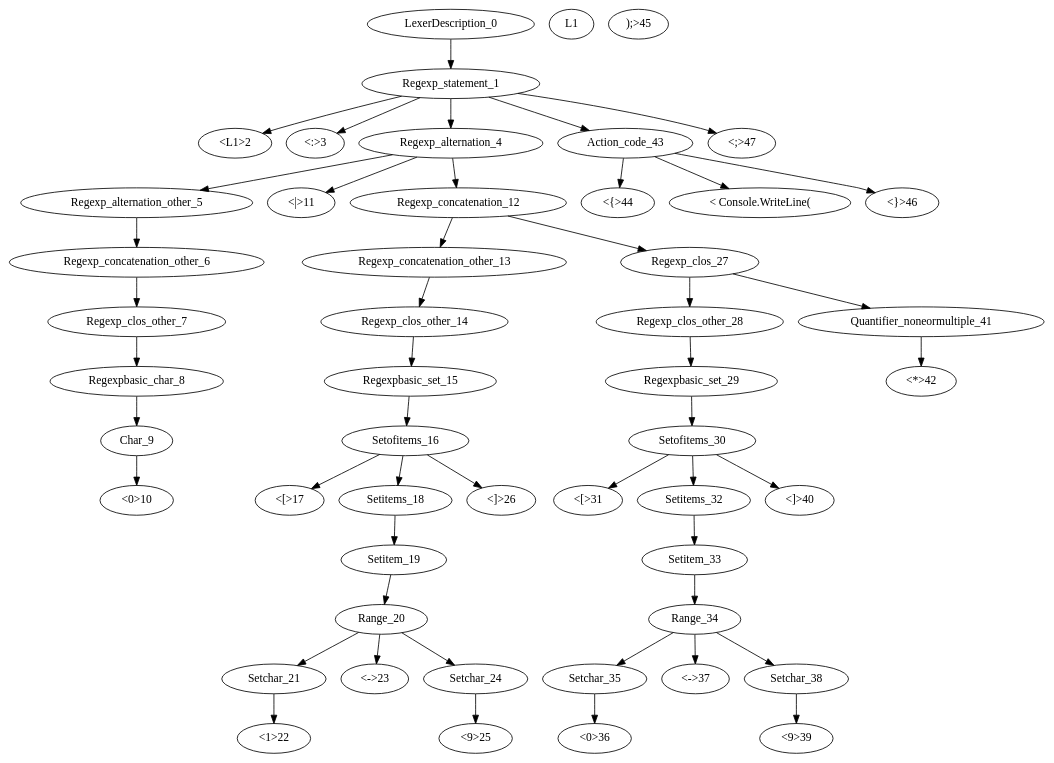
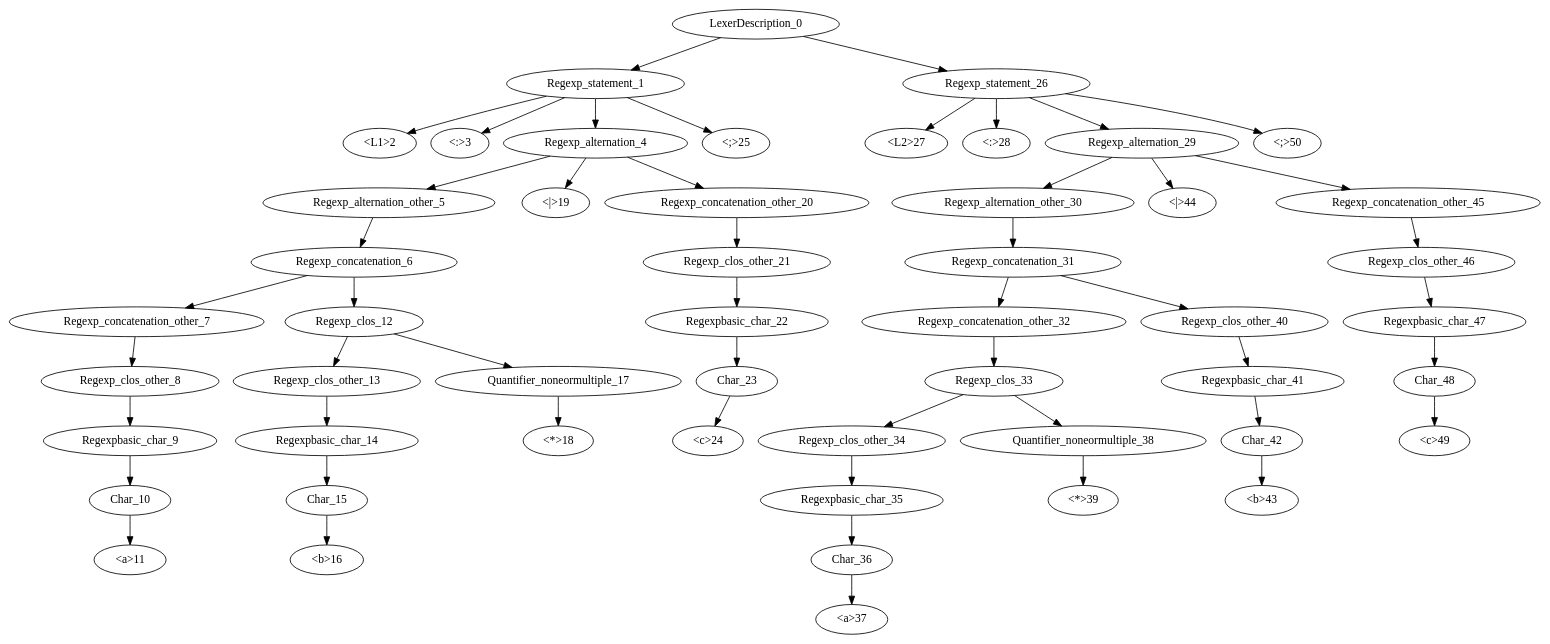
Before and after one commit to GDimitroulakos/EDUFLEX: the diagram in DFASimulator/Testbench/test.dot, drawn with Graphviz. The commit also changed 216 other files, not shown here.

```diff
--- a/DFASimulator/Testbench/test.dot
+++ b/DFASimulator/Testbench/test.dot
@@ -1,50 +1,53 @@
 digraph test{
 
 "LexerDescription_0"->"Regexp_statement_1";
 "Regexp_statement_1"->"<L1>2";
 "Regexp_statement_1"->"<:>3";
 "Regexp_statement_1"->"Regexp_alternation_4";
 "Regexp_alternation_4"->"Regexp_alternation_other_5";
-"Regexp_alternation_other_5"->"Regexp_concatenation_other_6";
-"Regexp_concatenation_other_6"->"Regexp_clos_other_7";
-"Regexp_clos_other_7"->"Regexpbasic_char_8";
-"Regexpbasic_char_8"->"Char_9";
-"Char_9"->"<0>10";
-"Regexp_alternation_4"->"<|>11";
-"Regexp_alternation_4"->"Regexp_concatenation_12";
-"Regexp_concatenation_12"->"Regexp_concatenation_other_13";
-"Regexp_concatenation_other_13"->"Regexp_clos_other_14";
-"Regexp_clos_other_14"->"Regexpbasic_set_15";
-"Regexpbasic_set_15"->"Setofitems_16";
-"Setofitems_16"->"<[>17";
-"Setofitems_16"->"Setitems_18";
-"Setitems_18"->"Setitem_19";
-"Setitem_19"->"Range_20";
-"Range_20"->"Setchar_21";
-"Setchar_21"->"<1>22";
-"Range_20"->"<->23";
-"Range_20"->"Setchar_24";
-"Setchar_24"->"<9>25";
-"Setofitems_16"->"<]>26";
-"Regexp_concatenation_12"->"Regexp_clos_27";
-"Regexp_clos_27"->"Regexp_clos_other_28";
-"Regexp_clos_other_28"->"Regexpbasic_set_29";
-"Regexpbasic_set_29"->"Setofitems_30";
-"Setofitems_30"->"<[>31";
-"Setofitems_30"->"Setitems_32";
-"Setitems_32"->"Setitem_33";
-"Setitem_33"->"Range_34";
-"Range_34"->"Setchar_35";
-"Setchar_35"->"<0>36";
-"Range_34"->"<->37";
-"Range_34"->"Setchar_38";
-"Setchar_38"->"<9>39";
-"Setofitems_30"->"<]>40";
-"Regexp_clos_27"->"Quantifier_noneormultiple_41";
-"Quantifier_noneormultiple_41"->"<*>42";
-"Regexp_statement_1"->"Action_code_43";
-"Action_code_43"->"<{>44";
-"Action_code_43"->"< Console.WriteLine("L1");>45";
-"Action_code_43"->"<}>46";
-"Regexp_statement_1"->"<;>47";
+"Regexp_alternation_other_5"->"Regexp_concatenation_6";
+"Regexp_concatenation_6"->"Regexp_concatenation_other_7";
+"Regexp_concatenation_other_7"->"Regexp_clos_other_8";
+"Regexp_clos_other_8"->"Regexpbasic_char_9";
+"Regexpbasic_char_9"->"Char_10";
+"Char_10"->"<a>11";
+"Regexp_concatenation_6"->"Regexp_clos_12";
+"Regexp_clos_12"->"Regexp_clos_other_13";
+"Regexp_clos_other_13"->"Regexpbasic_char_14";
+"Regexpbasic_char_14"->"Char_15";
+"Char_15"->"<b>16";
+"Regexp_clos_12"->"Quantifier_noneormultiple_17";
+"Quantifier_noneormultiple_17"->"<*>18";
+"Regexp_alternation_4"->"<|>19";
+"Regexp_alternation_4"->"Regexp_concatenation_other_20";
+"Regexp_concatenation_other_20"->"Regexp_clos_other_21";
+"Regexp_clos_other_21"->"Regexpbasic_char_22";
+"Regexpbasic_char_22"->"Char_23";
+"Char_23"->"<c>24";
+"Regexp_statement_1"->"<;>25";
+"LexerDescription_0"->"Regexp_statement_26";
+"Regexp_statement_26"->"<L2>27";
+"Regexp_statement_26"->"<:>28";
+"Regexp_statement_26"->"Regexp_alternation_29";
+"Regexp_alternation_29"->"Regexp_alternation_other_30";
+"Regexp_alternation_other_30"->"Regexp_concatenation_31";
+"Regexp_concatenation_31"->"Regexp_concatenation_other_32";
+"Regexp_concatenation_other_32"->"Regexp_clos_33";
+"Regexp_clos_33"->"Regexp_clos_other_34";
+"Regexp_clos_other_34"->"Regexpbasic_char_35";
+"Regexpbasic_char_35"->"Char_36";
+"Char_36"->"<a>37";
+"Regexp_clos_33"->"Quantifier_noneormultiple_38";
+"Quantifier_noneormultiple_38"->"<*>39";
+"Regexp_concatenation_31"->"Regexp_clos_other_40";
+"Regexp_clos_other_40"->"Regexpbasic_char_41";
+"Regexpbasic_char_41"->"Char_42";
+"Char_42"->"<b>43";
+"Regexp_alternation_29"->"<|>44";
+"Regexp_alternation_29"->"Regexp_concatenation_other_45";
+"Regexp_concatenation_other_45"->"Regexp_clos_other_46";
+"Regexp_clos_other_46"->"Regexpbasic_char_47";
+"Regexpbasic_char_47"->"Char_48";
+"Char_48"->"<c>49";
+"Regexp_statement_26"->"<;>50";
 }
```
